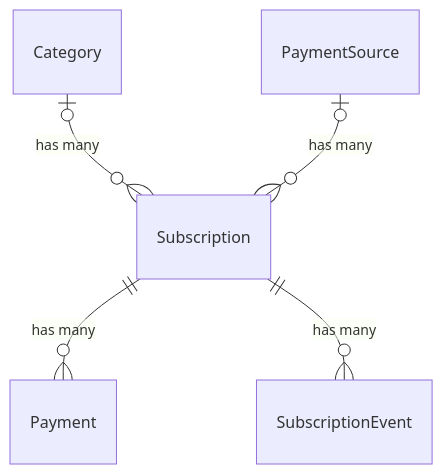
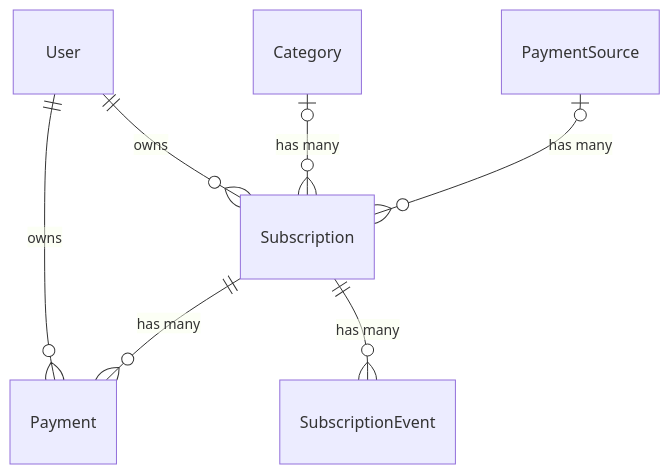
One commit to gubler/obol changed the diagram in docs/src/content/docs/architecture/domain-model.md. Above: the diagram before and after it, drawn with Mermaid. The commit also changed other lines of this file and 101 other files, not shown here.

First line of the commit message:
feat(subscription): per-user Subscription + Payment ownership + founder migration (#306)

````diff
--- a/docs/src/content/docs/architecture/domain-model.md
+++ b/docs/src/content/docs/architecture/domain-model.md
@@ -149,7 +151,9 @@
 ```mermaid
 erDiagram
+    User ||--o{ Subscription : "owns"
+    User ||--o{ Payment : "owns"
     Category |o--o{ Subscription : "has many"
     PaymentSource |o--o{ Subscription : "has many"
     Subscription ||--o{ Payment : "has many"
     Subscription ||--o{ SubscriptionEvent : "has many"
 ```
````
